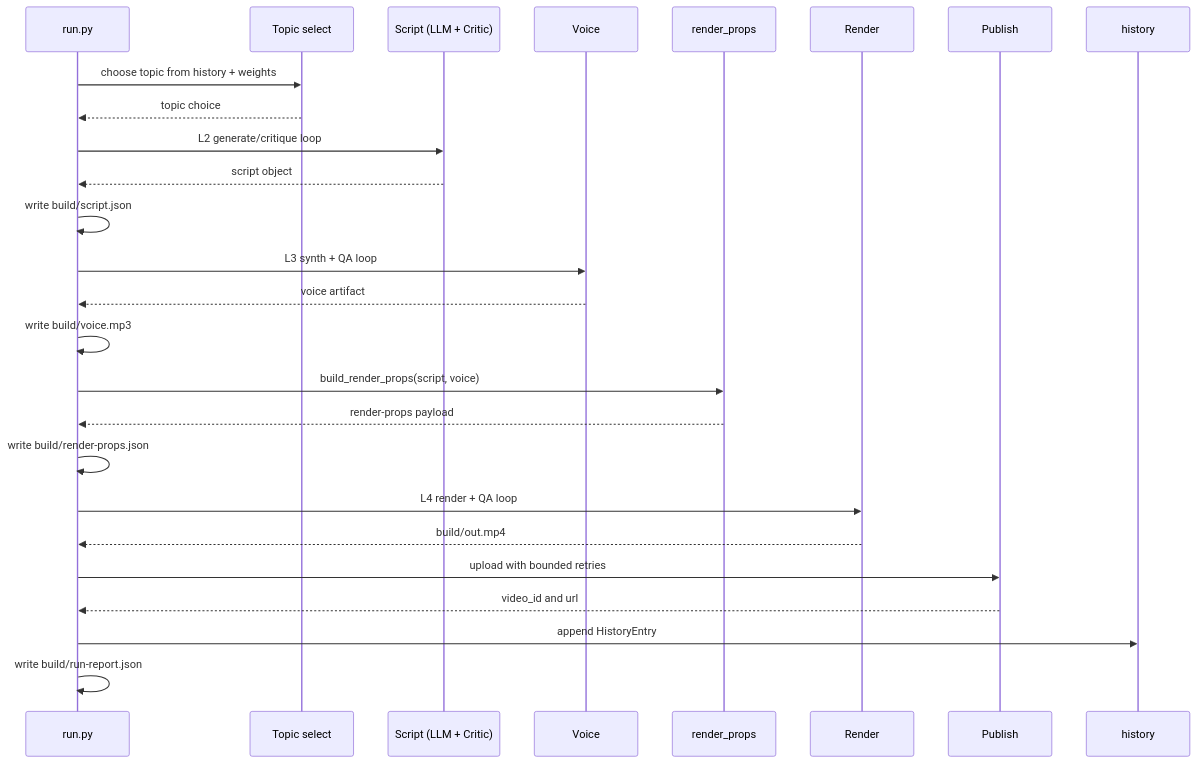
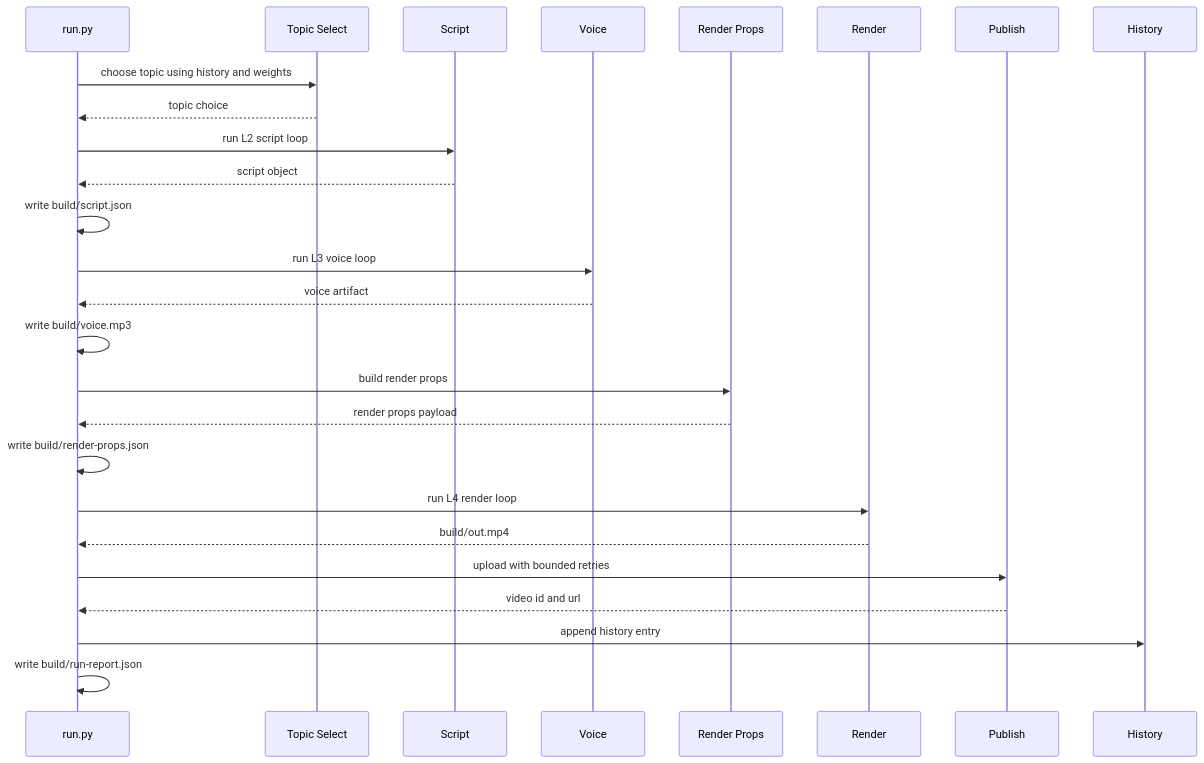
The fifth of 6 diagrams in README.md (BharatMahajan/AEC_AI_Shorts), drawn with Mermaid before and after one commit. The commit also changed other lines of this file, not shown here.

````diff
--- a/README.md
+++ b/README.md
@@ -152,35 +292,35 @@
 ```mermaid
 sequenceDiagram
   participant RUN as run.py
-  participant TOP as Topic select
-  participant SCR as Script (LLM + Critic)
+  participant TOP as Topic Select
+  participant SCR as Script
   participant VOI as Voice
-  participant RPR as render_props
+  participant RPR as Render Props
   participant REN as Render
   participant PUB as Publish
-  participant HIS as history
+  participant HIS as History
 
-  RUN->>TOP: choose topic from history + weights
+  RUN->>TOP: choose topic using history and weights
   TOP-->>RUN: topic choice
 
-  RUN->>SCR: L2 generate/critique loop
+  RUN->>SCR: run L2 script loop
   SCR-->>RUN: script object
   RUN->>RUN: write build/script.json
 
-  RUN->>VOI: L3 synth + QA loop
+  RUN->>VOI: run L3 voice loop
   VOI-->>RUN: voice artifact
   RUN->>RUN: write build/voice.mp3
 
-  RUN->>RPR: build_render_props(script, voice)
-  RPR-->>RUN: render-props payload
+  RUN->>RPR: build render props
+  RPR-->>RUN: render props payload
   RUN->>RUN: write build/render-props.json
 
-  RUN->>REN: L4 render + QA loop
+  RUN->>REN: run L4 render loop
   REN-->>RUN: build/out.mp4
 
   RUN->>PUB: upload with bounded retries
-  PUB-->>RUN: video_id and url
+  PUB-->>RUN: video id and url
 
-  RUN->>HIS: append HistoryEntry
+  RUN->>HIS: append history entry
   RUN->>RUN: write build/run-report.json
 ```
````
